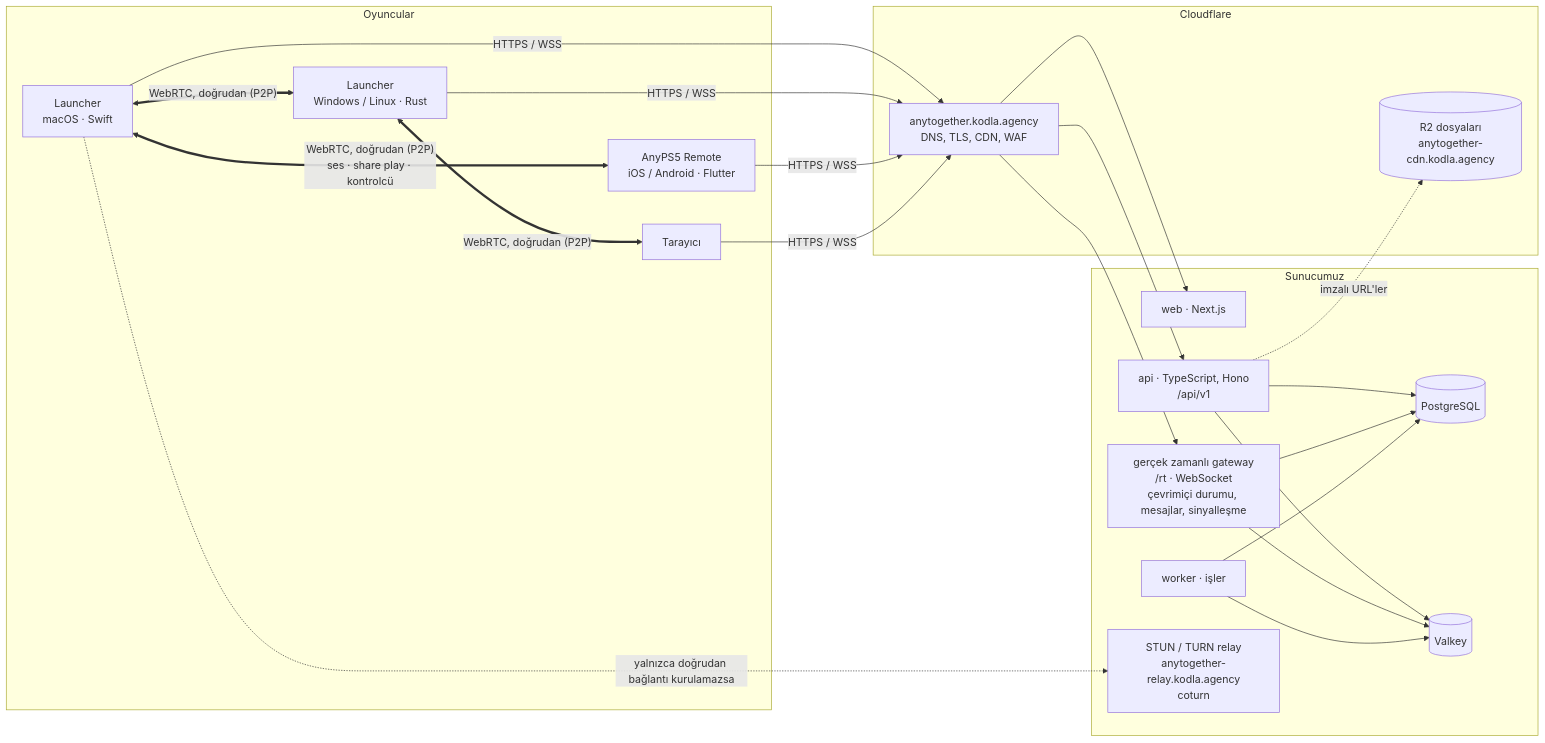
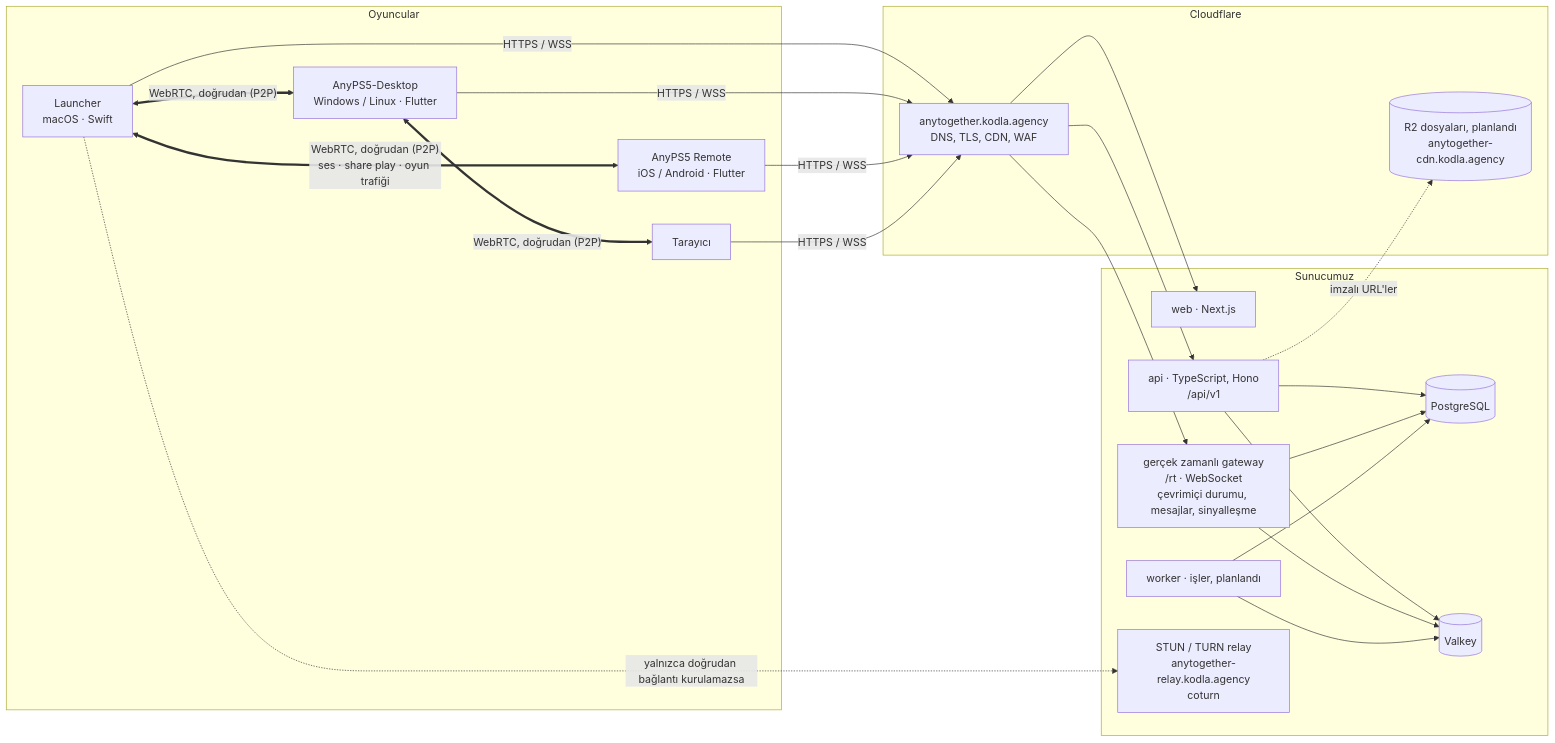
One commit to AnyTogether/AnyPS5-ARM changed the first of 2 diagrams in docs/tr/02-mimari.md. Above: the diagram before and after it, drawn with Mermaid. The commit also changed other lines of this file and 11 other files, not shown here.

````diff
--- a/docs/tr/02-mimari.md
+++ b/docs/tr/02-mimari.md
@@ -13,35 +13,35 @@
 ```mermaid
 flowchart LR
     subgraph Players [Oyuncular]
         L1[Launcher<br/>macOS · Swift]
-        L2[Launcher<br/>Windows / Linux · Rust]
+        L2[AnyPS5-Desktop<br/>Windows / Linux · Flutter]
         P[AnyPS5 Remote<br/>iOS / Android · Flutter]
         W[Tarayıcı]
     end
 
     subgraph Cloudflare
         CF[anytogether.kodla.agency<br/>DNS, TLS, CDN, WAF]
-        R2[(R2 dosyaları<br/>anytogether-cdn.kodla.agency)]
+        R2[(R2 dosyaları, planlandı<br/>anytogether-cdn.kodla.agency)]
     end
 
     subgraph "Sunucumuz"
         WEB[web · Next.js]
         API[api · TypeScript, Hono<br/>/api/v1]
         RT[gerçek zamanlı gateway<br/>/rt · WebSocket<br/>çevrimiçi durumu, mesajlar, sinyalleşme]
-        WK[worker · işler]
+        WK[worker · işler, planlandı]
         PG[(PostgreSQL)]
         VK[(Valkey)]
         TURN[STUN / TURN relay<br/>anytogether-relay.kodla.agency<br/>coturn]
     end
 
     L1 & L2 & P & W -- HTTPS / WSS --> CF --> WEB & API & RT
     API --> PG & VK
     RT --> VK & PG
     WK --> PG & VK
     API -. "imzalı URL'ler" .-> R2
 
-    L1 <== "WebRTC, doğrudan (P2P)<br/>ses · share play · kontrolcü" ==> P
+    L1 <== "WebRTC, doğrudan (P2P)<br/>ses · share play · oyun trafiği" ==> P
     L2 <== "WebRTC, doğrudan (P2P)" ==> W
     L1 <== "WebRTC, doğrudan (P2P)" ==> L2
     L1 -. "yalnızca doğrudan bağlantı kurulamazsa" .-> TURN
 ```
````
